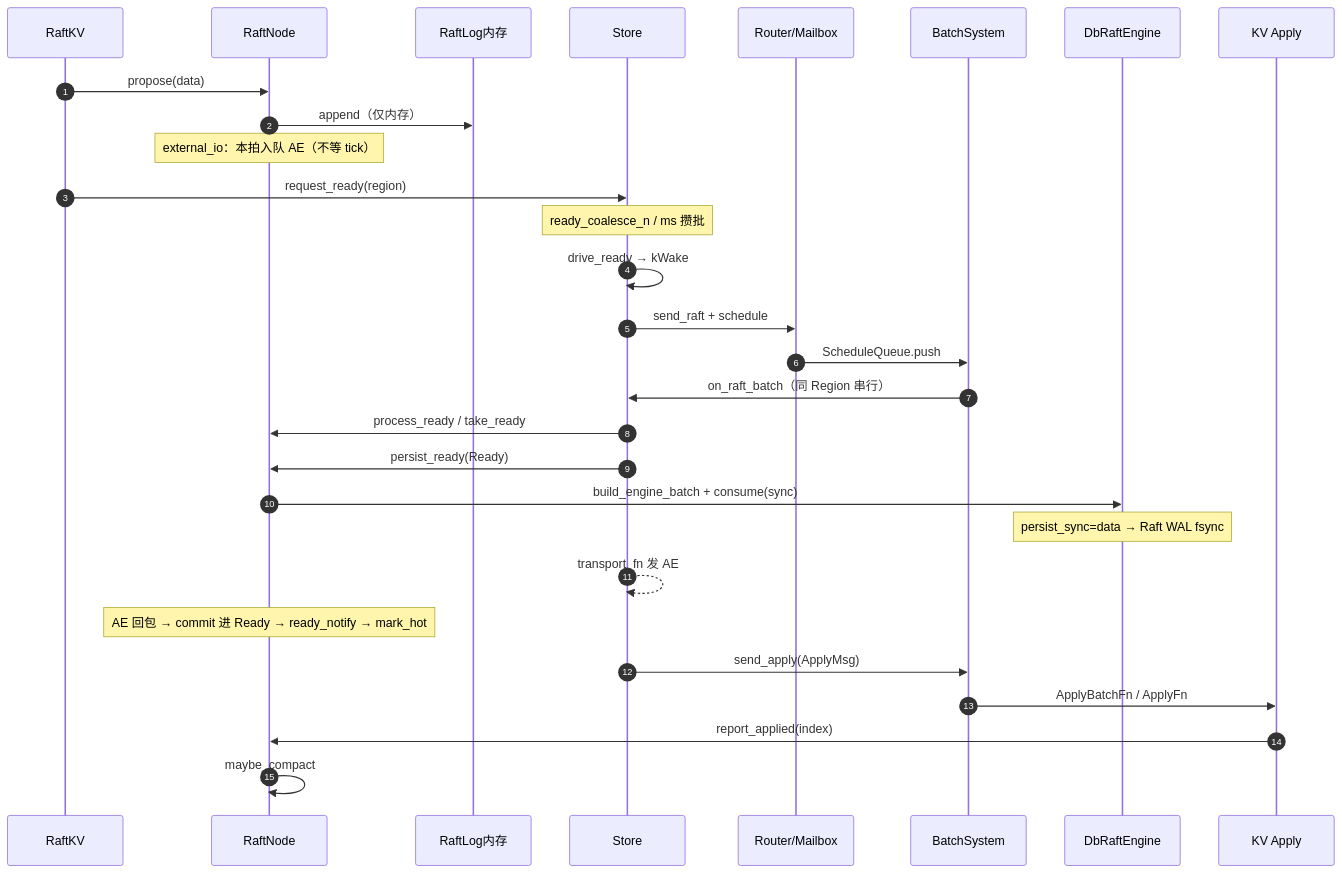
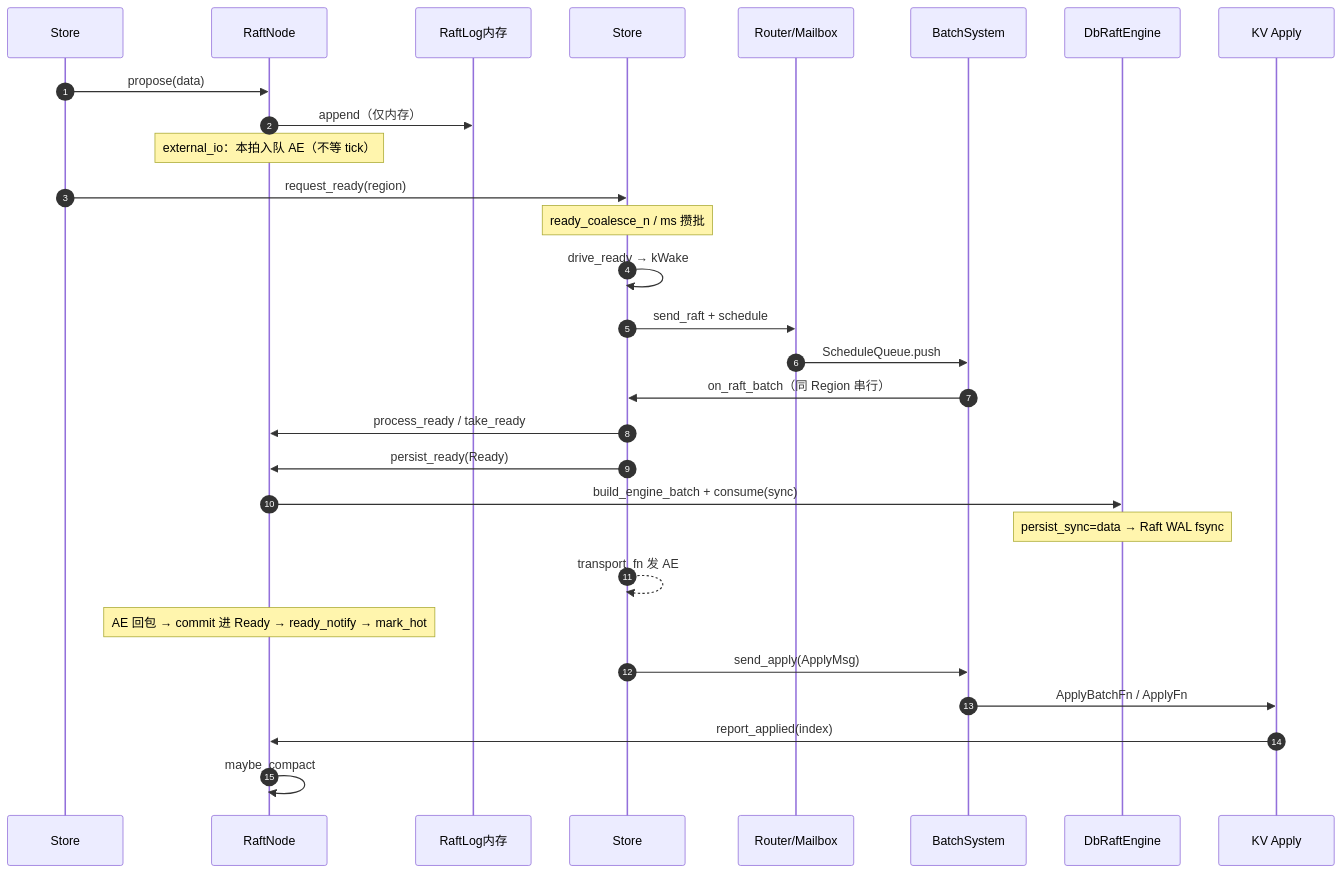
One commit to devotionalist/openkv changed the second of 5 diagrams in docs/flows/35-raft-module-call-flows.md. Above: the diagram before and after it, drawn with Mermaid. The commit also changed other lines of this file and 196 other files, not shown here.

First line of the commit message:
Fold Storage Raft writes into Store and adopt Google C++20 formatting.

````diff
--- a/docs/flows/35-raft-module-call-flows.md
+++ b/docs/flows/35-raft-module-call-flows.md
@@ -83,32 +83,32 @@
 ```mermaid
 sequenceDiagram
   autonumber
-  participant KV as RaftKV
+  participant KV as Store
   participant RN as RaftNode
   participant Log as RaftLog内存
   participant St as Store
   participant RT as Router/Mailbox
   participant BS as BatchSystem
   participant Eng as DbRaftEngine
   participant FSM as KV Apply
 
   KV->>RN: propose(data)
   RN->>Log: append（仅内存）
   Note over RN: external_io：本拍入队 AE（不等 tick）
   KV->>St: request_ready(region)
   Note over St: ready_coalesce_n / ms 攒批
   St->>St: drive_ready → kWake
   St->>RT: send_raft + schedule
   RT->>BS: ScheduleQueue.push
   BS->>St: on_raft_batch（同 Region 串行）
   St->>RN: process_ready / take_ready
   St->>RN: persist_ready(Ready)
   RN->>Eng: build_engine_batch + consume(sync)
   Note over Eng: persist_sync=data → Raft WAL fsync
   St-->>St: transport_fn 发 AE
   Note over RN: AE 回包 → commit 进 Ready → ready_notify → mark_hot
   St->>BS: send_apply(ApplyMsg)
   BS->>FSM: ApplyBatchFn / ApplyFn
   FSM->>RN: report_applied(index)
   RN->>RN: maybe_compact
 ```
````
